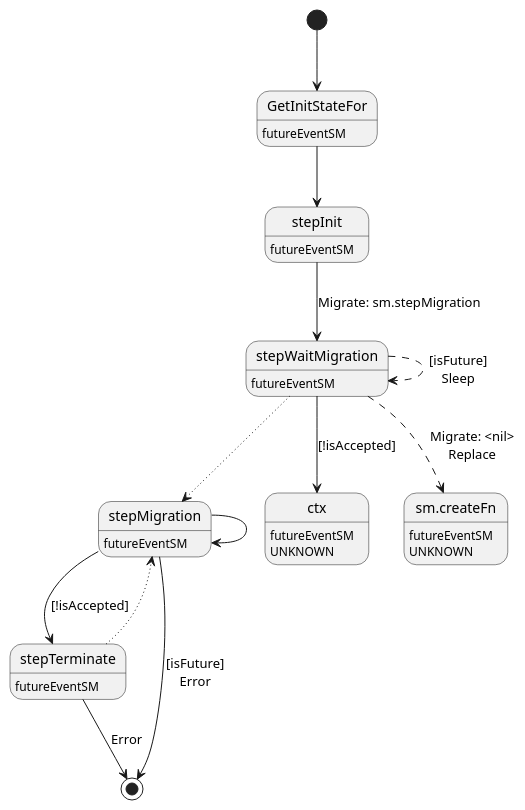
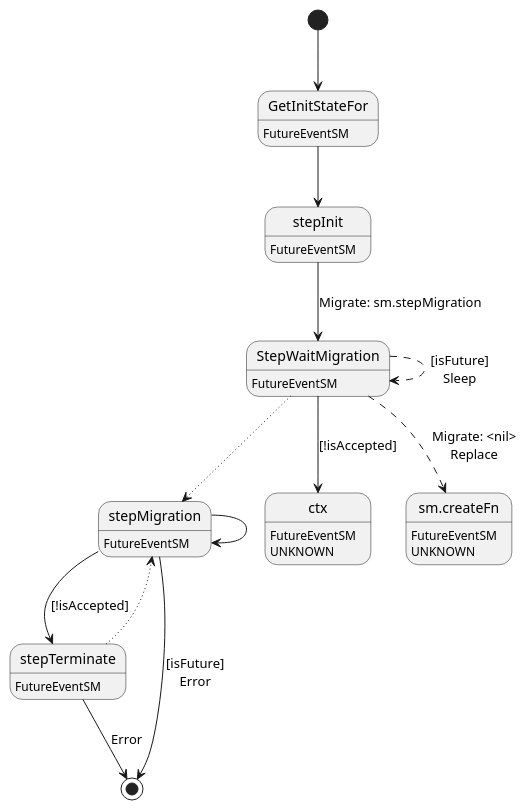
One commit to insolar/assured-ledger changed the diagram in ledger-core/conveyor/sm_future_event.plantuml. Above: the diagram before and after it, drawn with PlantUML.

Commit message:
PLAT-615 rege uml

```diff
--- a/ledger-core/conveyor/sm_future_event.plantuml
+++ b/ledger-core/conveyor/sm_future_event.plantuml
@@ -1,30 +1,30 @@
 @startuml
 state "GetInitStateFor" as T00_S001
-T00_S001 : futureEventSM
+T00_S001 : FutureEventSM
 [*] --> T00_S001
 T00_S001 --> T00_S002
+state "StepWaitMigration" as T00_S003
+T00_S003 : FutureEventSM
+T00_S003 --[dotted]> T00_S004
+state "ctx" as T00_U001
+T00_U001 : FutureEventSM
+T00_U001 : UNKNOWN 
+T00_S003 --> T00_U001 : [!isAccepted]
+T00_S003 --[dashed]> T00_S003 : [isFuture]\nSleep
+state "sm.createFn" as T00_U002
+T00_U002 : FutureEventSM
+T00_U002 : UNKNOWN 
+T00_S003 --[dashed]> T00_U002 : Migrate: <nil>\nReplace
 state "stepInit" as T00_S002
-T00_S002 : futureEventSM
+T00_S002 : FutureEventSM
 T00_S002 --> T00_S003 : Migrate: sm.stepMigration
 state "stepMigration" as T00_S004
-T00_S004 : futureEventSM
+T00_S004 : FutureEventSM
 T00_S004 --> T00_S005 : [!isAccepted]
 T00_S004 --> [*] : [isFuture]\nError
 T00_S004 --> T00_S004
 state "stepTerminate" as T00_S005
-T00_S005 : futureEventSM
+T00_S005 : FutureEventSM
 T00_S005 --[dotted]> T00_S004
 T00_S005 --> [*] : Error
-state "stepWaitMigration" as T00_S003
-T00_S003 : futureEventSM
-T00_S003 --[dotted]> T00_S004
-state "ctx" as T00_U001
-T00_U001 : futureEventSM
-T00_U001 : UNKNOWN 
-T00_S003 --> T00_U001 : [!isAccepted]
-T00_S003 --[dashed]> T00_S003 : [isFuture]\nSleep
-state "sm.createFn" as T00_U002
-T00_U002 : futureEventSM
-T00_U002 : UNKNOWN 
-T00_S003 --[dashed]> T00_U002 : Migrate: <nil>\nReplace
 @enduml
```
